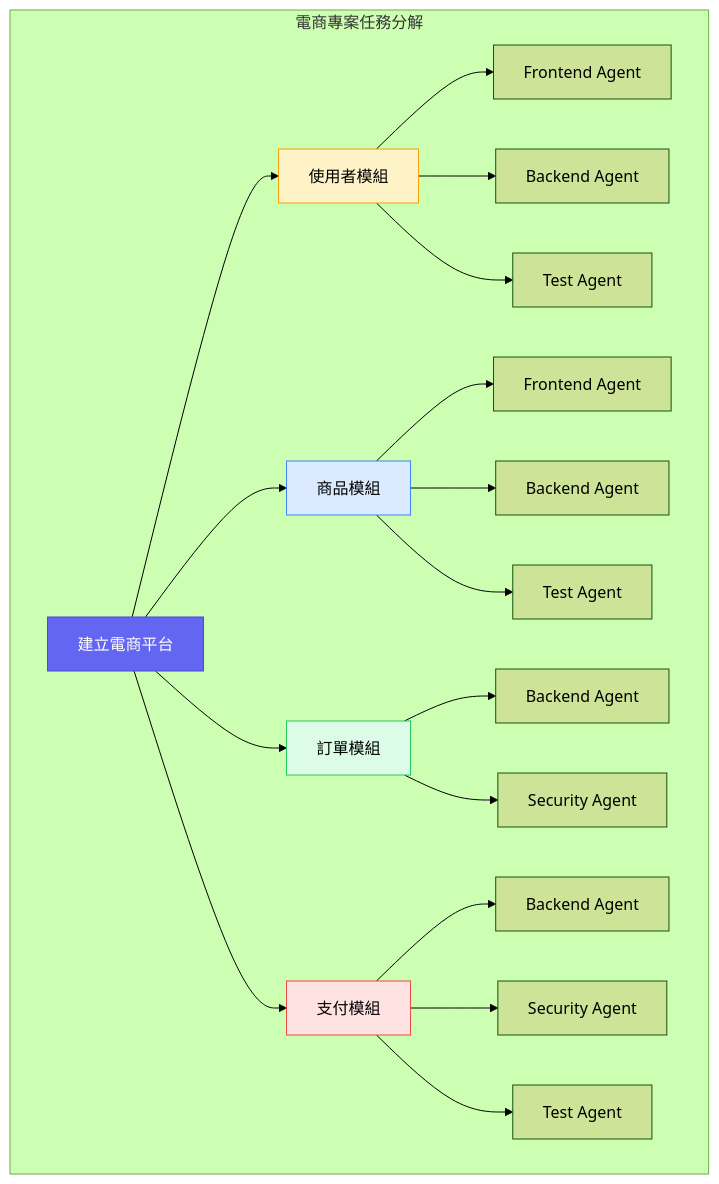
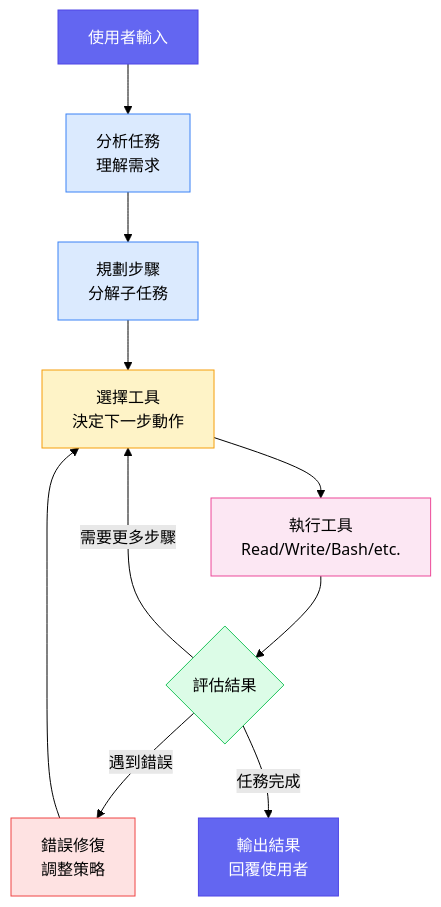
Before and after one commit to chihhung/Blog: diagram 11 of 57 in content/posts/教學/AI開發/Claude Code生態圈教學手冊.md, drawn with Mermaid (forest theme). The commit also changed other lines of this file and 3 other files, not shown here.

````diff
--- a/content/posts/教學/AI開發/Claude Code生態圈教學手冊.md
+++ b/content/posts/教學/AI開發/Claude Code生態圈教學手冊.md
@@ -767,32 +990,21 @@
 ```mermaid
 graph TB
-    subgraph "電商專案任務分解"
-        T[建立電商平台]
-        
-        T --> T1[使用者模組]
-        T --> T2[商品模組]
-        T --> T3[訂單模組]
-        T --> T4[支付模組]
-        
-        T1 --> A1[Frontend Agent]
-        T1 --> A2[Backend Agent]
-        T1 --> A3[Test Agent]
-        
-        T2 --> A4[Frontend Agent]
-        T2 --> A5[Backend Agent]
-        T2 --> A6[Test Agent]
-        
-        T3 --> A7[Backend Agent]
-        T3 --> A8[Security Agent]
-        
-        T4 --> A9[Backend Agent]
-        T4 --> A10[Security Agent]
-        T4 --> A11[Test Agent]
-    end
+    START[使用者輸入] --> ANALYZE[分析任務<br>理解需求]
+    ANALYZE --> PLAN[規劃步驟<br>分解子任務]
+    PLAN --> SELECT[選擇工具<br>決定下一步動作]
+    SELECT --> EXEC[執行工具<br>Read/Write/Bash/etc.]
+    EXEC --> EVAL{評估結果}
+    EVAL -->|需要更多步驟| SELECT
+    EVAL -->|遇到錯誤| FIX[錯誤修復<br>調整策略]
+    FIX --> SELECT
+    EVAL -->|任務完成| OUTPUT[輸出結果<br>回覆使用者]
     
-    style T fill:#6366f1,stroke:#4f46e5,color:#fff
-    style T1 fill:#fef3c7,stroke:#f59e0b
-    style T2 fill:#dbeafe,stroke:#3b82f6
-    style T3 fill:#dcfce7,stroke:#22c55e
-    style T4 fill:#fee2e2,stroke:#ef4444
+    style START fill:#6366f1,stroke:#4f46e5,color:#fff
+    style ANALYZE fill:#dbeafe,stroke:#3b82f6
+    style PLAN fill:#dbeafe,stroke:#3b82f6
+    style SELECT fill:#fef3c7,stroke:#f59e0b
+    style EXEC fill:#fce7f3,stroke:#ec4899
+    style EVAL fill:#dcfce7,stroke:#22c55e
+    style FIX fill:#fee2e2,stroke:#ef4444
+    style OUTPUT fill:#6366f1,stroke:#4f46e5,color:#fff
 ```
````
